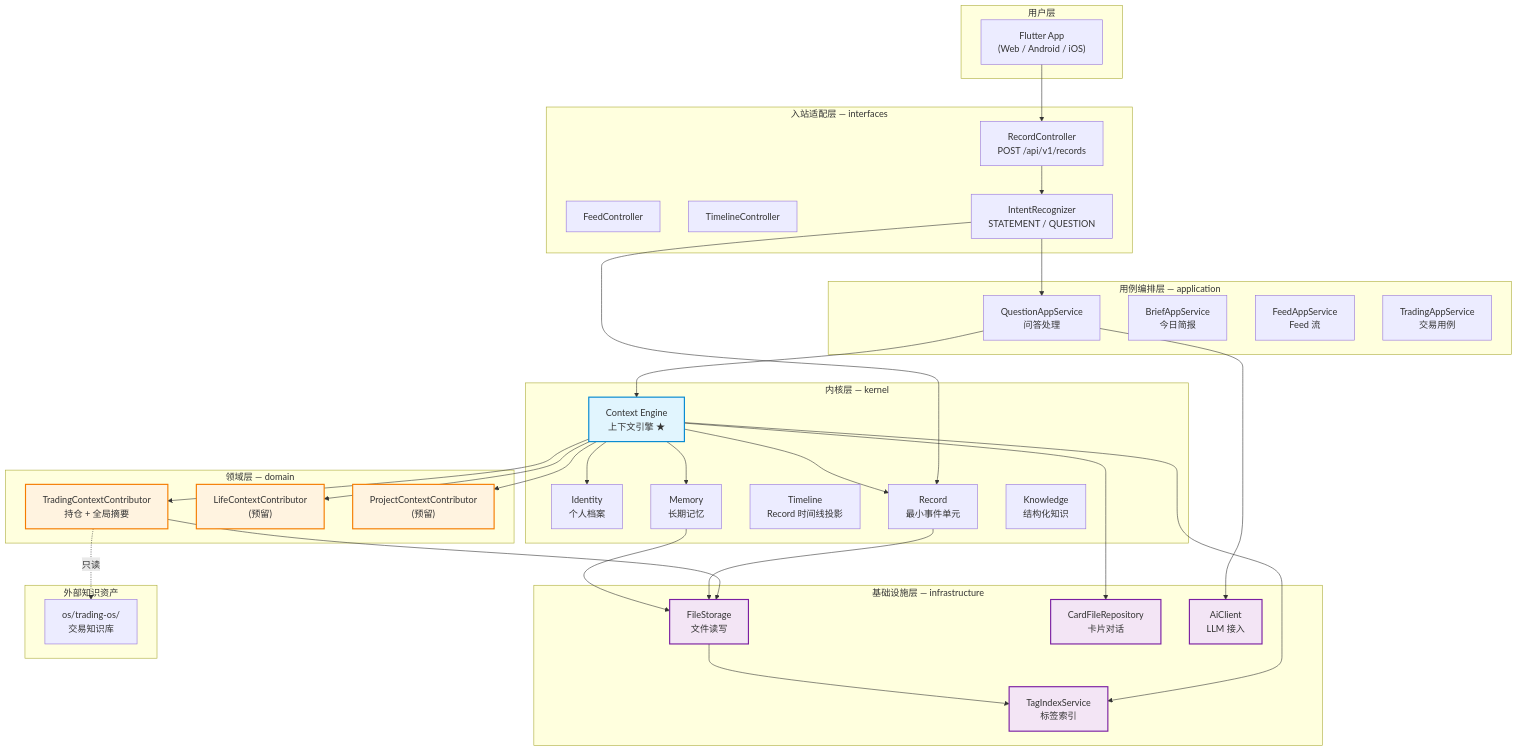
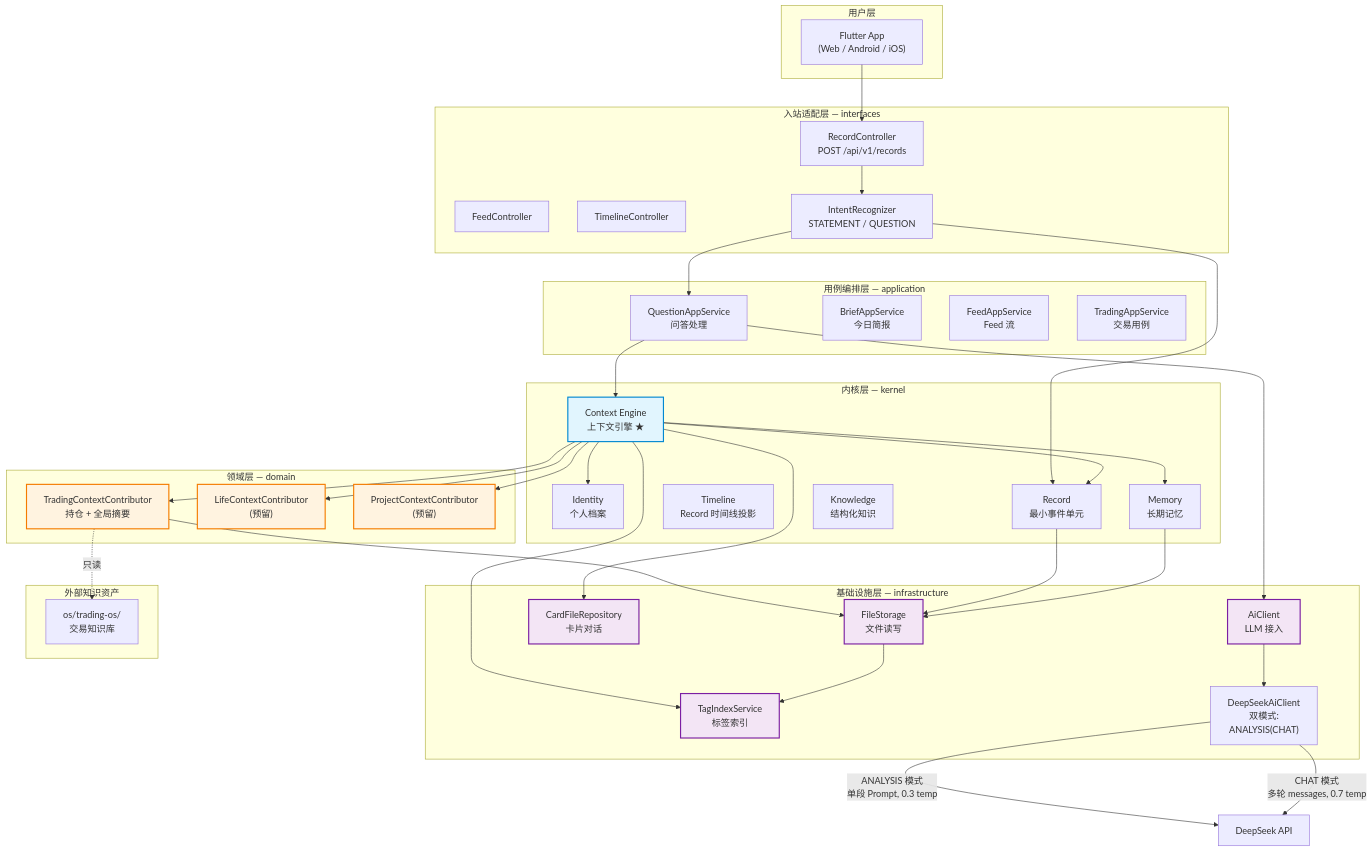
The first of 4 diagrams in docs/architecture/system-architecture.md (adaios/adaios), drawn with Mermaid before and after one commit. The commit also changed other lines of this file and 9 other files, not shown here.

First line of the commit message:
feat: AI 双模式调用 — ANALYSIS(打标签) / CHAT(多轮对话)

```diff
--- a/docs/architecture/system-architecture.md
+++ b/docs/architecture/system-architecture.md
@@ -46,6 +46,7 @@
         TagIndex["TagIndexService<br/>标签索引"]
         CardRepo["CardFileRepository<br/>卡片对话"]
         AiClient["AiClient<br/>LLM 接入"]
+        DeepSeekClient["DeepSeekAiClient<br/>双模式:<br/>ANALYSIS(CHAT)"]
     end
 
     subgraph External["外部知识资产"]
@@ -70,6 +71,10 @@
     ContextEngine --> LifeContributor
     ContextEngine --> ProjectContributor
 
+    AiClient --> DeepSeekClient
+    DeepSeekClient -->|ANALYSIS 模式<br/>单段 Prompt, 0.3 temp| DS["DeepSeek API"]
+    DeepSeekClient -->|CHAT 模式<br/>多轮 messages, 0.7 temp| DS
+
     TradingContributor --> FileStorage
     Record --> FileStorage
     Memory --> FileStorage
```
